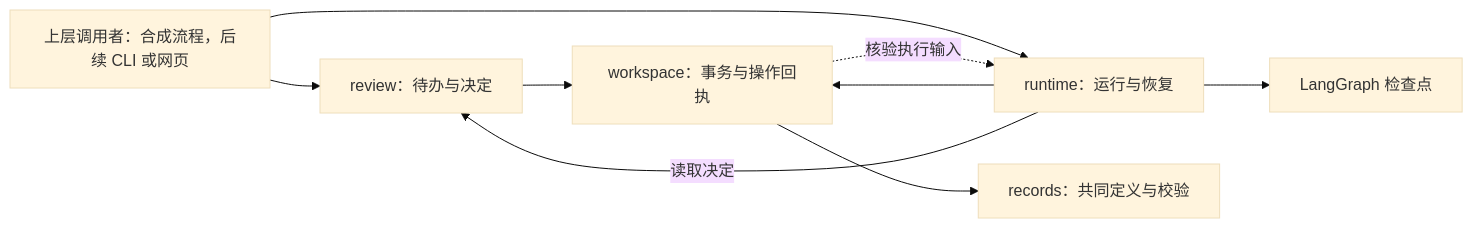
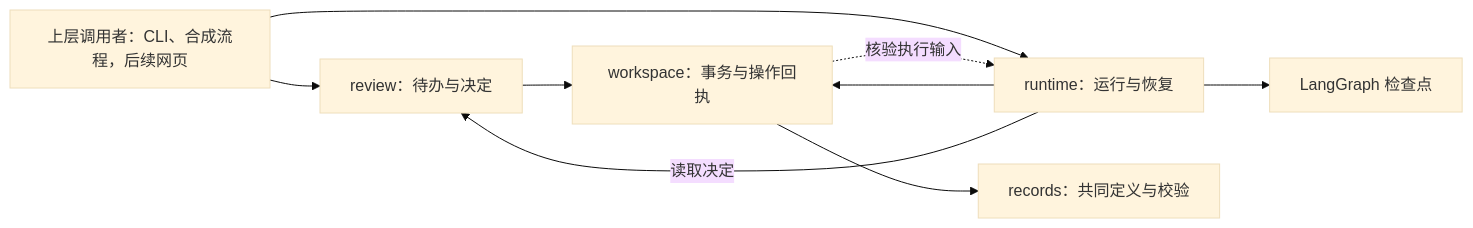
One commit to zhang2023-byte/hvs-catalog changed the diagram in docs/design/architecture.md. Above: the diagram before and after it, drawn with Mermaid (base theme). The commit also changed 29 other files, not shown here.

````diff
--- a/docs/design/architecture.md
+++ b/docs/design/architecture.md
@@ -154,11 +154,11 @@
 ```mermaid
 flowchart LR
-    C[上层调用者：合成流程，后续 CLI 或网页] --> Q[review：待办与决定]
+    C[上层调用者：CLI、合成流程，后续网页] --> Q[review：待办与决定]
     C --> R[runtime：运行与恢复]
     Q --> W[workspace：事务与操作回执]
     R --> W
     R -->|读取决定| Q
     W -.->|核验执行输入| R
     R --> G[LangGraph 检查点]
     W --> D[records：共同定义与校验]
 ```
````
